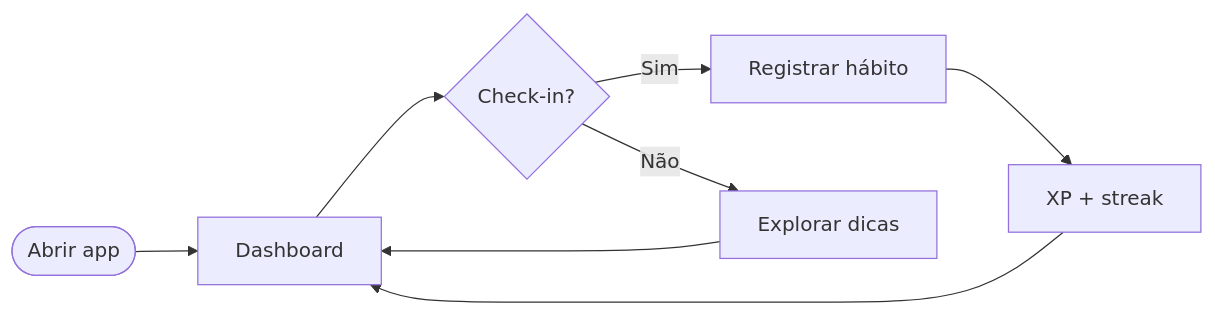
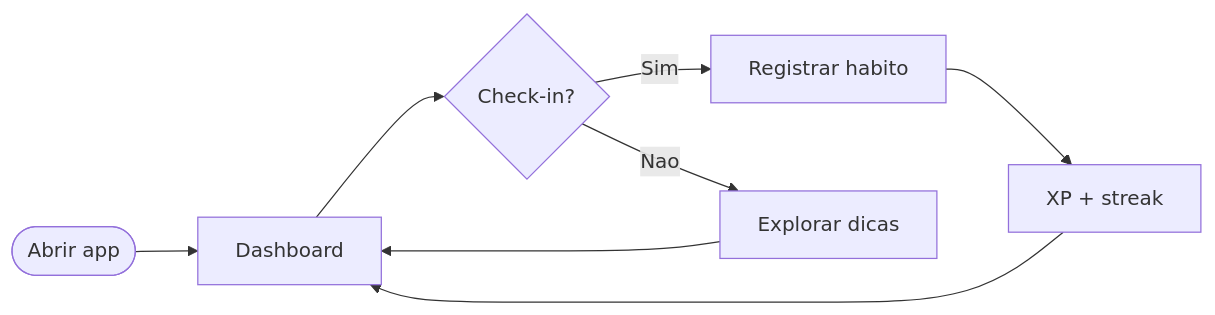
Before and after one commit to AndDev741/Beyou-docs-ui: the second of 2 diagrams in design/user-flow/pt.md, drawn with Mermaid. The commit also changed other lines of this file, not shown here.

````diff
--- a/design/user-flow/pt.md
+++ b/design/user-flow/pt.md
@@ -26,10 +26,10 @@
 ```mermaid
 flowchart LR
   Start([Abrir app]) --> Dash[Dashboard]
   Dash --> Check{Check-in?}
-  Check -->|Sim| Habit[Registrar hábito]
-  Check -->|Não| Explore[Explorar dicas]
+  Check -->|Sim| Habit[Registrar habito]
+  Check -->|Nao| Explore[Explorar dicas]
   Habit --> Reward[XP + streak]
   Reward --> Dash
   Explore --> Dash
 ```
````
